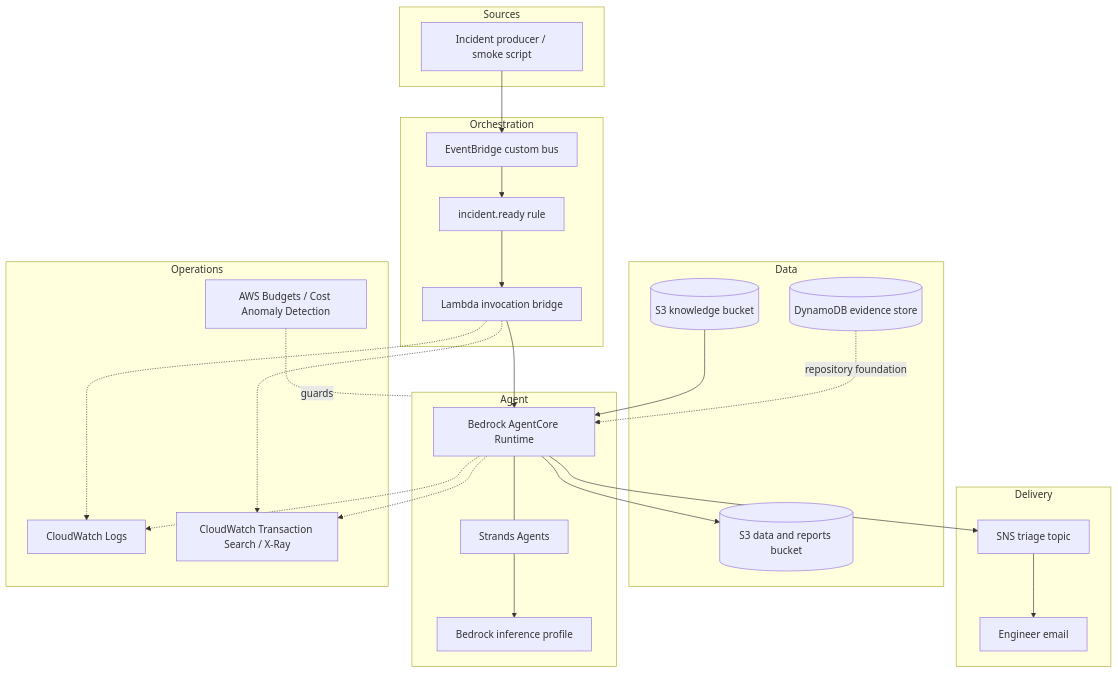
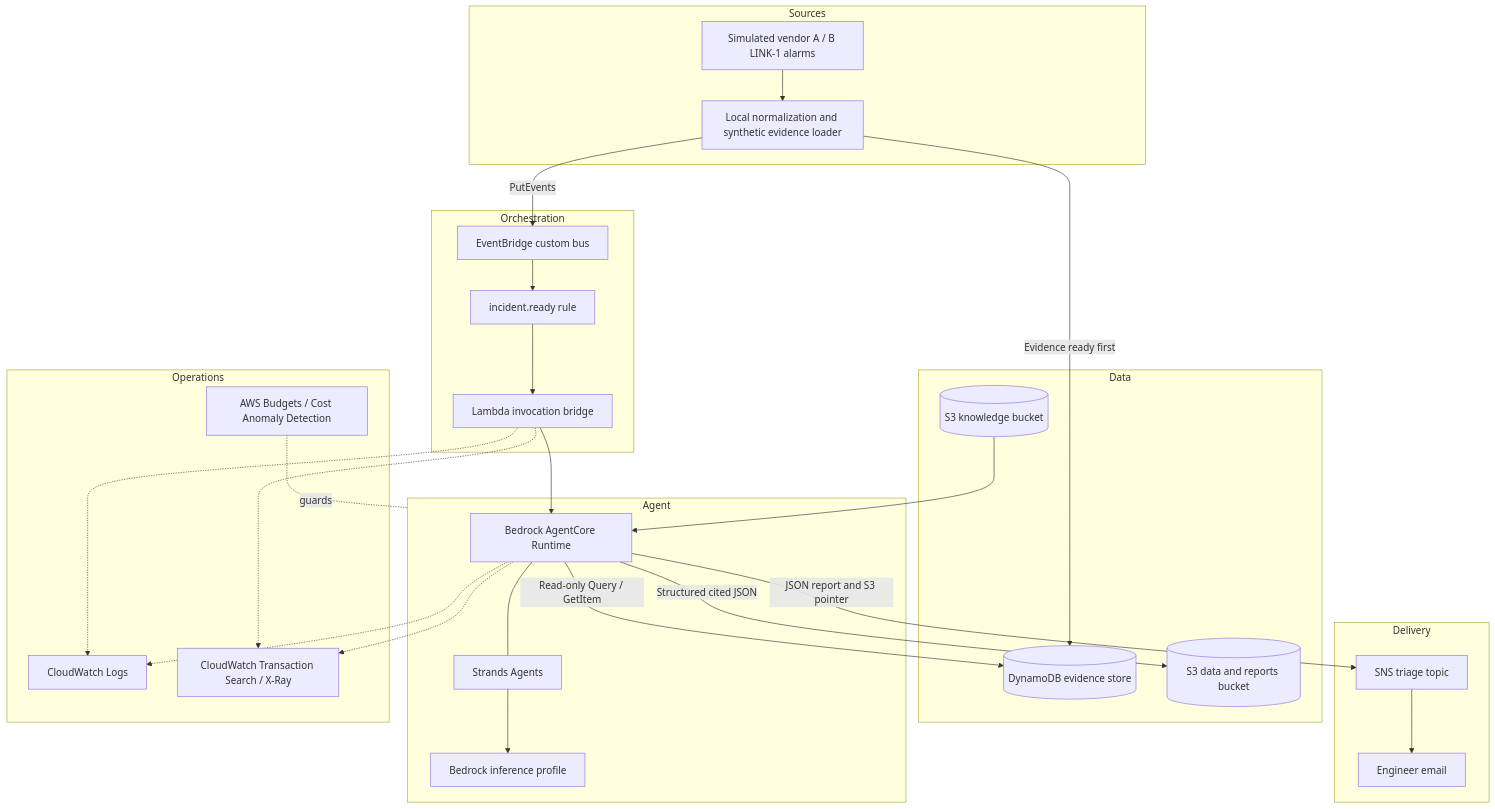
Before and after one commit to Sandesh113/telecom-incident-triage-agent: the diagram in docs/ARCHITECTURE.md, drawn with Mermaid. The commit also changed other lines of this file, not shown here.

````diff
--- a/docs/ARCHITECTURE.md
+++ b/docs/ARCHITECTURE.md
@@ -15,47 +15,50 @@
 ```mermaid
 flowchart TB
   subgraph Sources
-    Producer[Incident producer / smoke script]
+    Alarms[Simulated vendor A / B LINK-1 alarms]
+    Producer[Local normalization and synthetic evidence loader]
   end
 
   subgraph Orchestration
     Bus[EventBridge custom bus]
     Rule[incident.ready rule]
     Shim[Lambda invocation bridge]
   end
 
   subgraph Agent
     Runtime[Bedrock AgentCore Runtime]
     Strands[Strands Agents]
     Model[Bedrock inference profile]
   end
 
   subgraph Data
     Knowledge[(S3 knowledge bucket)]
     Evidence[(DynamoDB evidence store)]
     Reports[(S3 data and reports bucket)]
   end
 
   subgraph Delivery
     Topic[SNS triage topic]
     Engineer[Engineer email]
   end
 
   subgraph Operations
     Logs[CloudWatch Logs]
     Traces[CloudWatch Transaction Search / X-Ray]
     Cost[AWS Budgets / Cost Anomaly Detection]
   end
 
-  Producer --> Bus --> Rule --> Shim --> Runtime
+  Alarms --> Producer
+  Producer -->|Evidence ready first| Evidence
+  Producer -->|PutEvents| Bus --> Rule --> Shim --> Runtime
   Runtime --- Strands --> Model
   Knowledge --> Runtime
-  Evidence -. repository foundation .-> Runtime
-  Runtime --> Reports
-  Runtime --> Topic --> Engineer
+  Runtime -->|Read-only Query / GetItem| Evidence
+  Runtime -->|Structured cited JSON| Reports
+  Runtime -->|JSON report and S3 pointer| Topic --> Engineer
   Shim -.-> Logs
   Runtime -.-> Logs
   Shim -.-> Traces
   Runtime -.-> Traces
   Cost -. guards .- Agent
 ```
````
